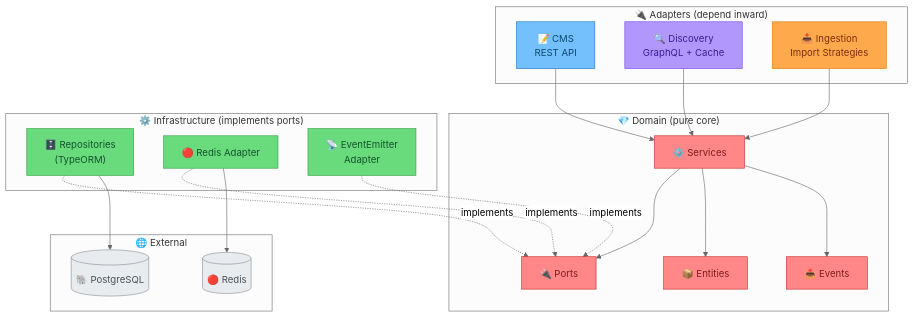
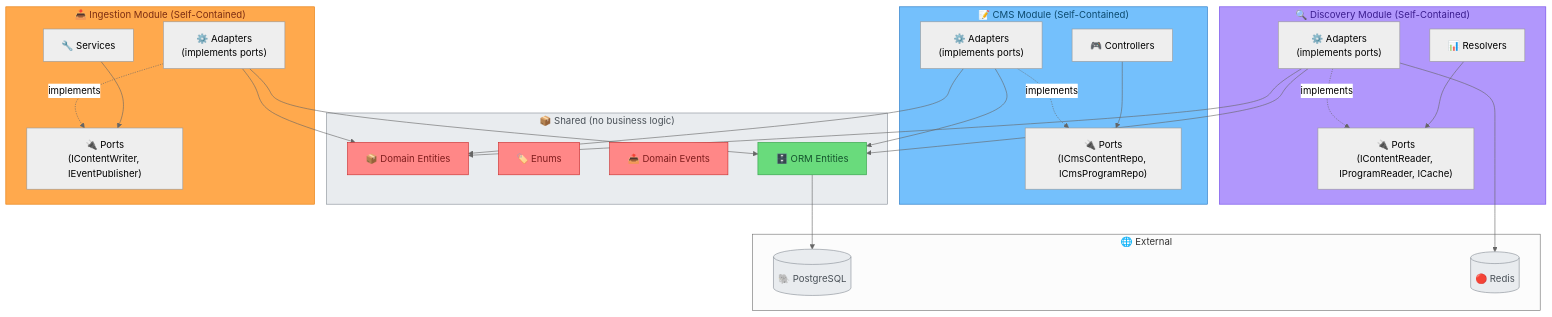
The second of 7 diagrams in docs/design.md (mmed199/thmanyah-cms), drawn with Mermaid (neutral theme) before and after one commit. The commit also changed other lines of this file, not shown here.

Commit message:
📝 - Updated Architecture

````diff
--- a/docs/design.md
+++ b/docs/design.md
@@ -122,54 +139,61 @@
 ```mermaid
 flowchart TB
-    subgraph Adapters["🔌 Adapters (depend inward)"]
-        CMS["📝 CMS<br>REST API"]
-        Discovery["🔍 Discovery<br>GraphQL + Cache"]
-        Ingestion["📥 Ingestion<br>Import Strategies"]
+    subgraph Shared["📦 Shared (no business logic)"]
+        Entities["📦 Domain Entities"]
+        Enums["🏷️ Enums"]
+        Events["📤 Domain Events"]
+        ORM["🗄️ ORM Entities"]
     end
 
-    subgraph Domain["💎 Domain (pure core)"]
-        Entities["📦 Entities"]
-        Services["⚙️ Services"]
-        Ports["🔌 Ports"]
-        Events["📤 Events"]
+    subgraph CMS["📝 CMS Module (Self-Contained)"]
+        CMSPorts["🔌 Ports<br>(ICmsContentRepo, ICmsProgramRepo)"]
+        CMSAdapters["⚙️ Adapters<br>(implements ports)"]
+        CMSControllers["🎮 Controllers"]
     end
 
-    subgraph Infra["⚙️ Infrastructure (implements ports)"]
-        Repos["🗄️ Repositories<br>(TypeORM)"]
-        Cache["🔴 Redis Adapter"]
-        EventBus["📡 EventEmitter<br>Adapter"]
+    subgraph Discovery["🔍 Discovery Module (Self-Contained)"]
+        DiscPorts["🔌 Ports<br>(IContentReader, IProgramReader, ICache)"]
+        DiscAdapters["⚙️ Adapters<br>(implements ports)"]
+        DiscResolvers["📊 Resolvers"]
+    end
+
+    subgraph Ingestion["📥 Ingestion Module (Self-Contained)"]
+        IngPorts["🔌 Ports<br>(IContentWriter, IEventPublisher)"]
+        IngAdapters["⚙️ Adapters<br>(implements ports)"]
+        IngServices["🔧 Services"]
     end
 
     subgraph External["🌐 External"]
         PG[("🐘 PostgreSQL")]
         Redis[("🔴 Redis")]
     end
 
-    CMS --> Services
-    Discovery --> Services
-    Ingestion --> Services
+    CMSControllers --> CMSPorts
+    CMSAdapters -.->|implements| CMSPorts
+    CMSAdapters --> ORM
+    CMSAdapters --> Entities
 
-    Services --> Ports
-    Services --> Entities
-    Services --> Events
+    DiscResolvers --> DiscPorts
+    DiscAdapters -.->|implements| DiscPorts
+    DiscAdapters --> ORM
+    DiscAdapters --> Entities
 
-    Repos -.->|implements| Ports
-    Cache -.->|implements| Ports
-    EventBus -.->|implements| Ports
+    IngServices --> IngPorts
+    IngAdapters -.->|implements| IngPorts
+    IngAdapters --> ORM
+    IngAdapters --> Entities
 
-    Repos --> PG
-    Cache --> Redis
+    ORM --> PG
+    DiscAdapters --> Redis
 
     style CMS fill:#74c0fc,stroke:#1971c2,color:#0c4a6e
     style Discovery fill:#b197fc,stroke:#7048e8,color:#3b1d8f
     style Ingestion fill:#ffa94d,stroke:#e67700,color:#7c2d12
+    style Shared fill:#e9ecef,stroke:#868e96,color:#495057
     style Entities fill:#ff8787,stroke:#c92a2a,color:#7f1d1d
-    style Services fill:#ff8787,stroke:#c92a2a,color:#7f1d1d
-    style Ports fill:#ff8787,stroke:#c92a2a,color:#7f1d1d
     style Events fill:#ff8787,stroke:#c92a2a,color:#7f1d1d
-    style Repos fill:#69db7c,stroke:#2f9e44,color:#14532d
-    style Cache fill:#69db7c,stroke:#2f9e44,color:#14532d
-    style EventBus fill:#69db7c,stroke:#2f9e44,color:#14532d
+    style Enums fill:#ff8787,stroke:#c92a2a,color:#7f1d1d
+    style ORM fill:#69db7c,stroke:#2f9e44,color:#14532d
     style PG fill:#e9ecef,stroke:#868e96,color:#495057
     style Redis fill:#e9ecef,stroke:#868e96,color:#495057
 ```
````
